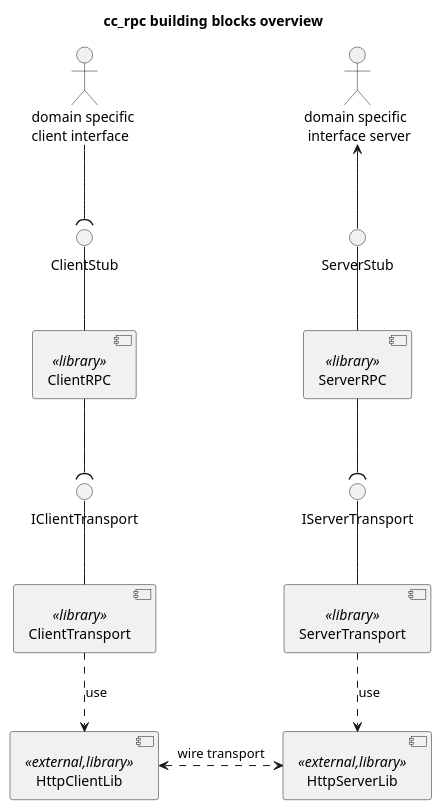
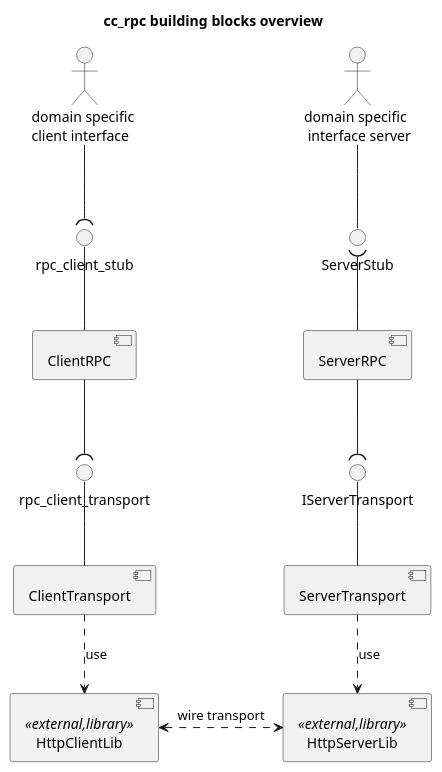
The diagram in doc/arch/cc_rpc_overview_building_blocks.puml (gittiver/cc_rpc), drawn with PlantUML before and after one commit. The commit also changed 4 other files, not shown here.

Commit message:
updated diagrams

```diff
--- a/doc/arch/cc_rpc_overview_building_blocks.puml
+++ b/doc/arch/cc_rpc_overview_building_blocks.puml
@@ -1,33 +1,33 @@
 @startuml
 
 title cc_rpc building blocks overview
 actor Client as "domain specific \nclient interface"
-interface ClientStub
-component ClientRPC <<library>>
-interface IClientTransport
-component ClientTransport <<library>>
+interface rpc_client_stub
+component ClientRPC 
+interface rpc_client_transport
+component ClientTransport 
 component HttpClientLib <<external,library>>
 
-component ServerTransport <<library>>
+component ServerTransport 
 interface IServerTransport 
 component HttpServerLib <<external,library>>
-component ServerRPC <<library>>
+component ServerRPC
 interface ServerStub
 
-Client --( ClientStub
-ClientStub -- ClientRPC
-ClientRPC--(IClientTransport
+Client --( rpc_client_stub
+rpc_client_stub -- ClientRPC
+ClientRPC--(rpc_client_transport
 ClientTransport .down.> HttpClientLib : use
-IClientTransport -- ClientTransport
+rpc_client_transport -- ClientTransport
 
 IServerTransport--ServerTransport
 ServerRPC--(IServerTransport
-ServerStub--ServerRPC
+ServerStub)--ServerRPC
 actor Server as "domain specific \n interface server" 
 
-Server<--ServerStub
+Server -- ServerStub
 
 ServerTransport .down.> HttpServerLib : use
 HttpClientLib <.> HttpServerLib: wire transport
 
 @enduml
```
